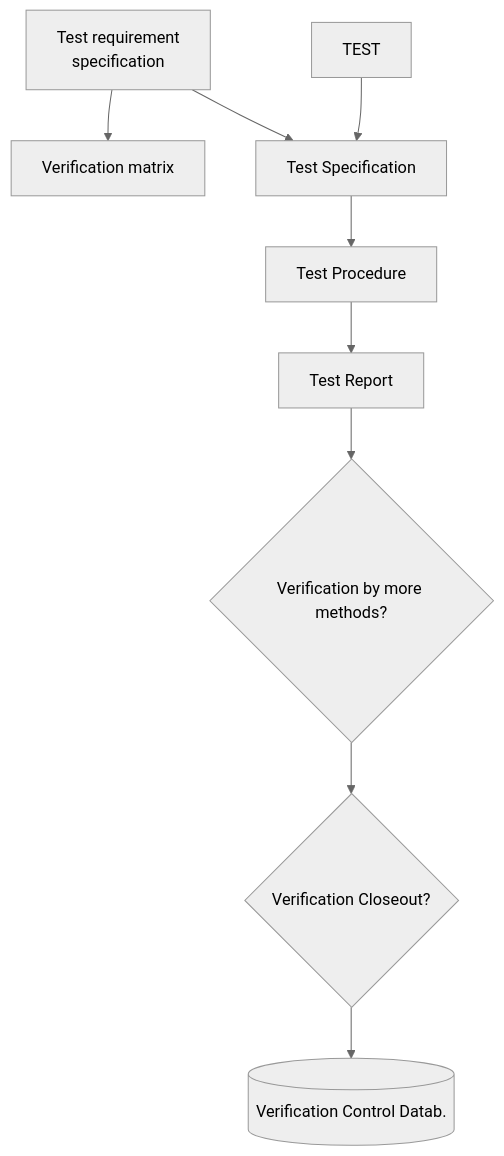
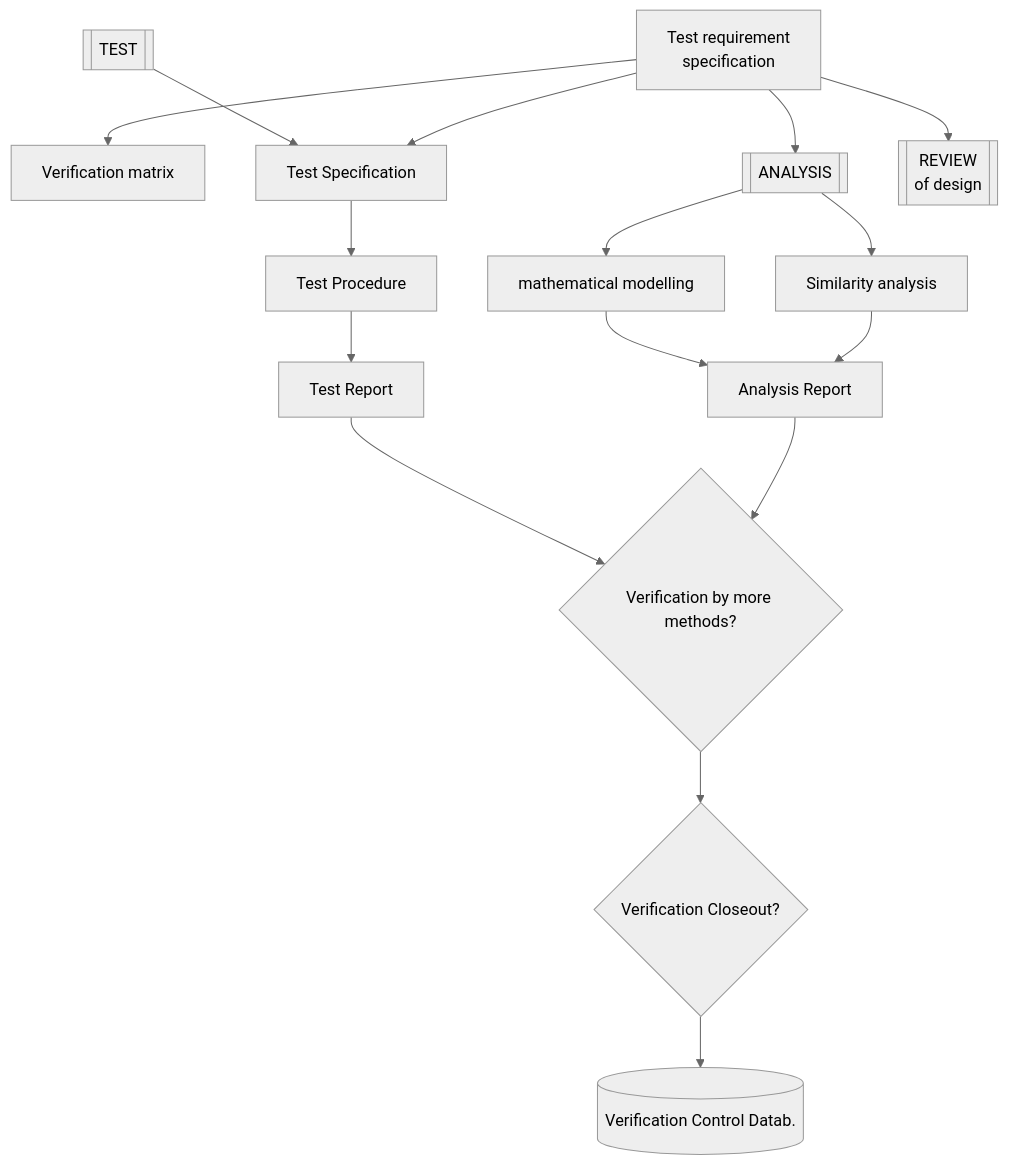
The diagram in calib/Validation.md (limu007/quvik), drawn with Mermaid (neutral theme) before and after one commit.

````diff
--- a/calib/Validation.md
+++ b/calib/Validation.md
@@ -3,21 +3,34 @@
 ```mermaid
 flowchart TB
   TRS["`Test requirement
   specification`"]
   VM["Verification matrix"]
   VCD[(Verification Control Datab.)]
 
-  TEST["TEST"]
+  TEST[["TEST"]]
   TS["Test Specification"]
   TP["Test Procedure"]
   TR["Test Report"]
+
+  ANAL[["ANALYSIS"]]
+  MM["mathematical modelling"]
+  SM["Similarity analysis"]
+  AR["Analysis Report"]
+
+  ROD[["`REVIEW
+  of design`"]]
 
   meth{"Verification by more methods?"}
   close{"Verification Closeout?"}
   
   TEST --> TS --> TP --> TR --> meth
   TRS --> VM
   TRS --> TS
+  TRS --> ANAL
+  ANAL --> MM --> AR
+  ANAL --> SM --> AR
+  AR --> meth
+  TRS --> ROD
   meth --> close --> VCD
 
 ```
````
